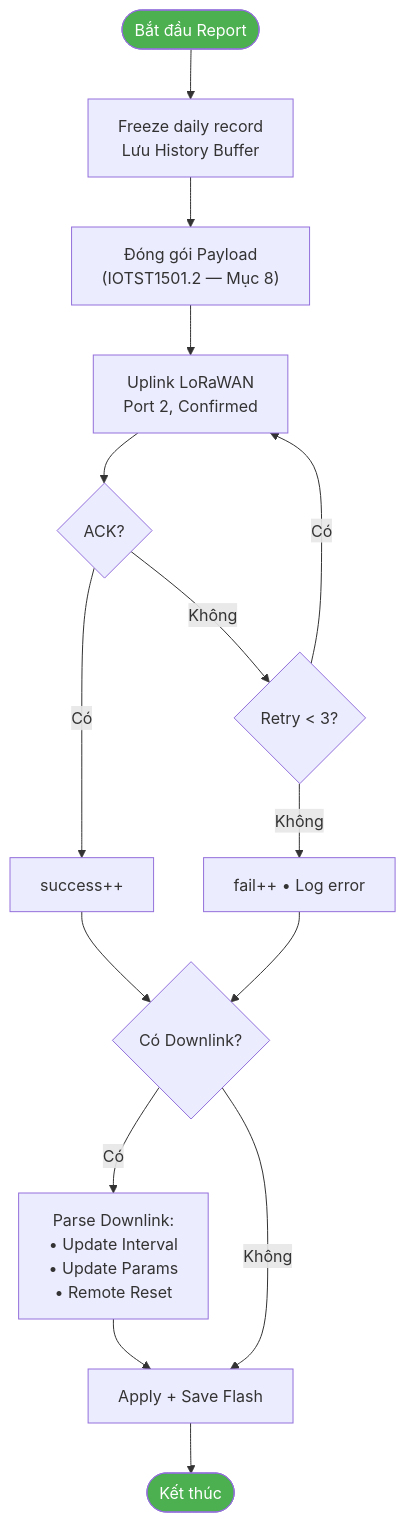
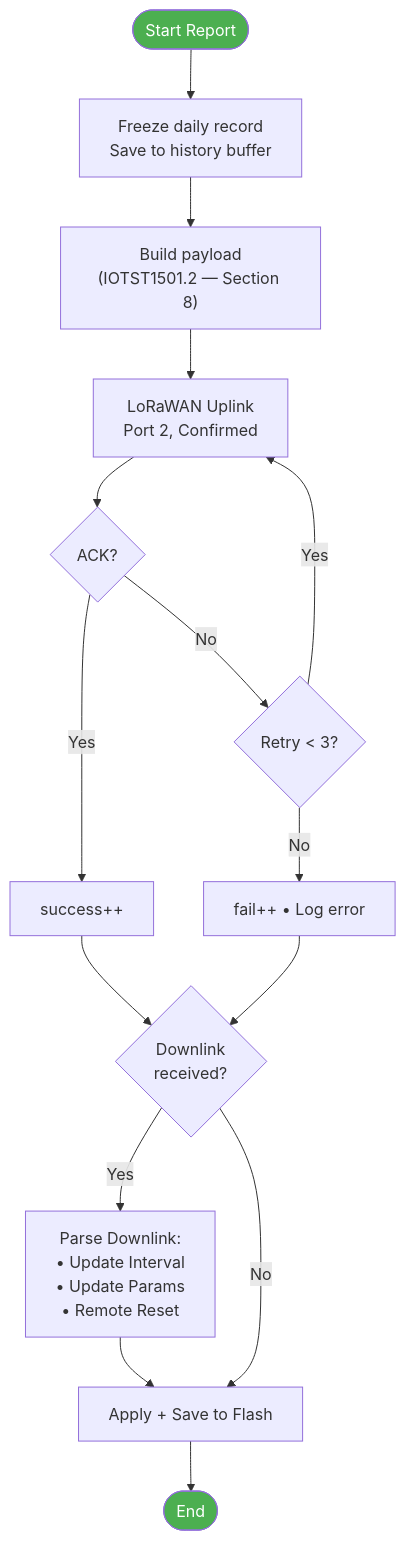
Before and after one commit to tuantran0707/WM: the fifth of 8 diagrams in documentation/DUT/Firmware_Flowchart_BlockDiagram.md, drawn with Mermaid. The commit also changed other lines of this file, not shown here.

Commit message:
fix VN to EN and uplink payload form

````diff
--- a/documentation/DUT/Firmware_Flowchart_BlockDiagram.md
+++ b/documentation/DUT/Firmware_Flowchart_BlockDiagram.md
@@ -169,20 +179,20 @@
 ```mermaid
 flowchart TD
-    A([Bắt đầu Report]) --> B["Freeze daily record<br/>Lưu History Buffer"]
-    B --> C["Đóng gói Payload<br/>(IOTST1501.2 — Mục 8)"]
-    C --> D["Uplink LoRaWAN<br/>Port 2, Confirmed"]
+    A([Start Report]) --> B["Freeze daily record<br/>Save to history buffer"]
+    B --> C["Build payload<br/>(IOTST1501.2 — Section 8)"]
+    C --> D["LoRaWAN Uplink<br/>Port 2, Confirmed"]
     D --> E{ACK?}
-    E -- Có --> F["success++"]
-    E -- Không --> G{Retry < 3?}
-    G -- Có --> D
-    G -- Không --> H["fail++ • Log error"]
-    F --> I{Có Downlink?}
+    E -- Yes --> F["success++"]
+    E -- No --> G{Retry < 3?}
+    G -- Yes --> D
+    G -- No --> H["fail++ • Log error"]
+    F --> I{Downlink<br/>received?}
     H --> I
-    I -- Có --> J["Parse Downlink:<br/>• Update Interval<br/>• Update Params<br/>• Remote Reset"]
-    J --> K["Apply + Save Flash"]
-    I -- Không --> K
-    K --> END([Kết thúc])
+    I -- Yes --> J["Parse Downlink:<br/>• Update Interval<br/>• Update Params<br/>• Remote Reset"]
+    J --> K["Apply + Save to Flash"]
+    I -- No --> K
+    K --> END([End])
 
     style A fill:#4CAF50,color:#fff
     style END fill:#4CAF50,color:#fff
 ```
````
